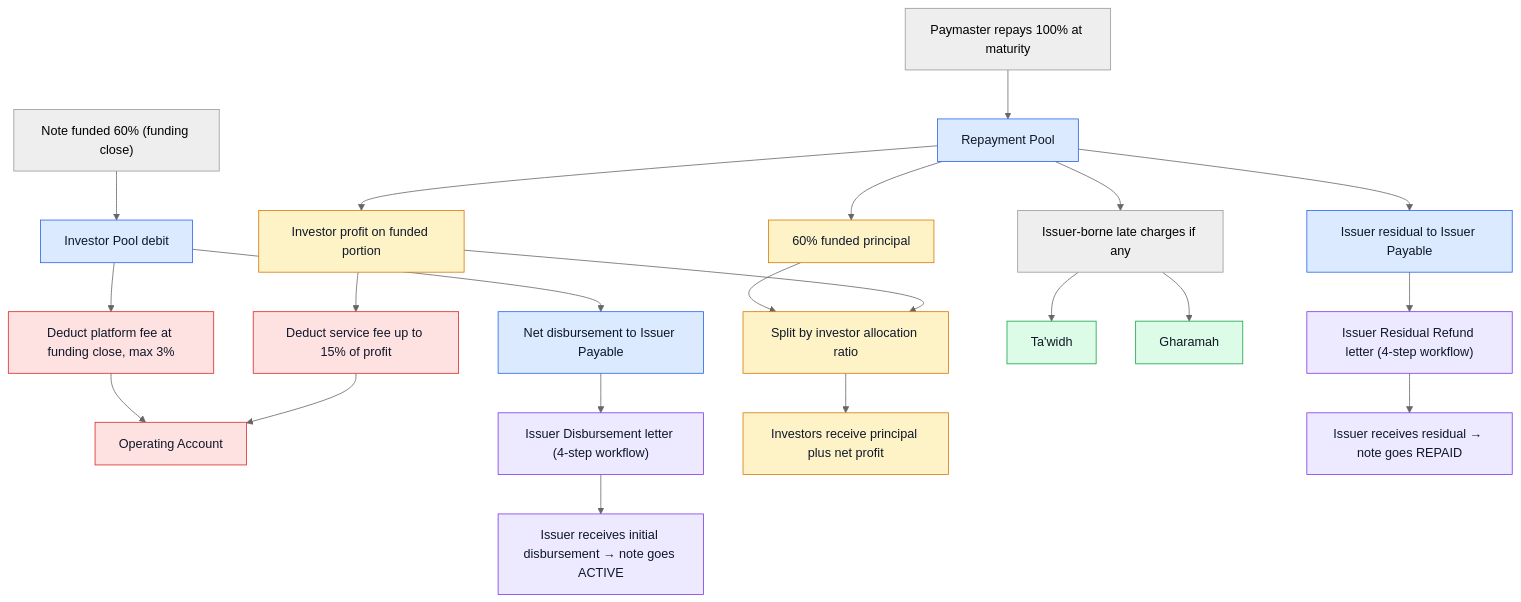
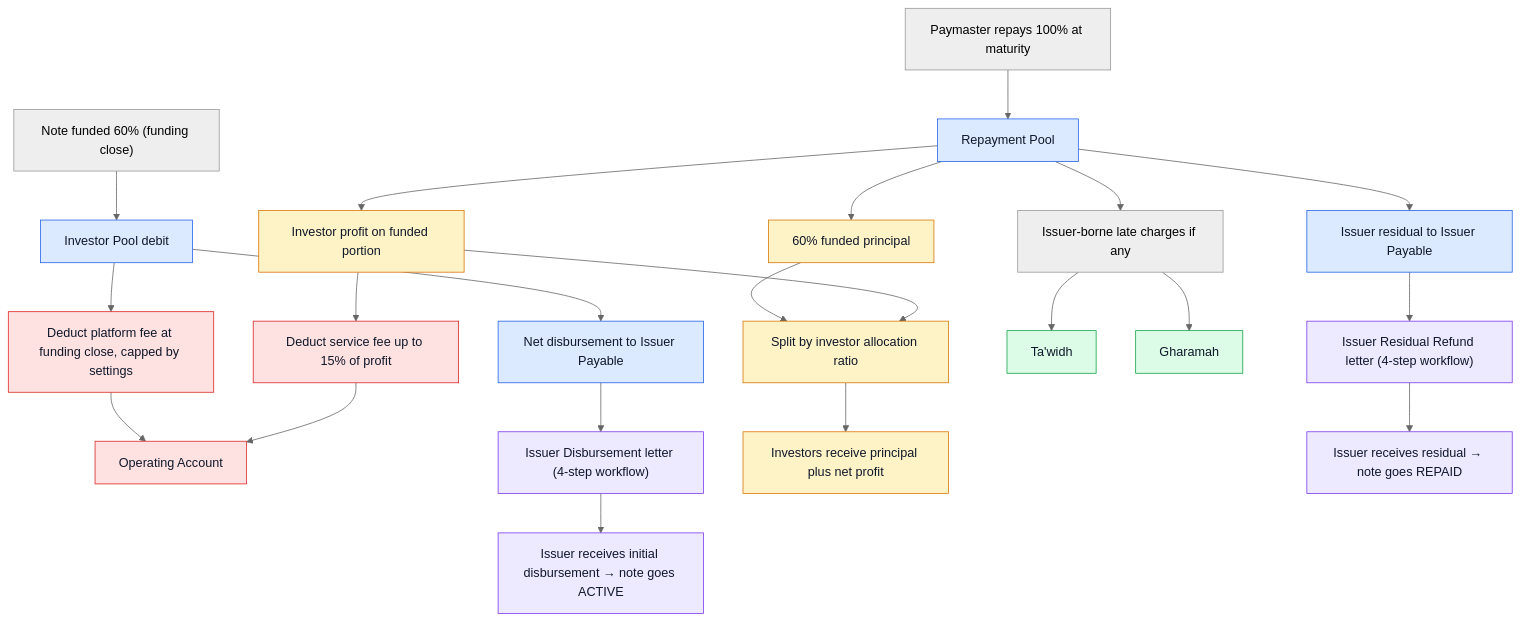
Before and after one commit to Malcan-Technologies/shoraka: the second of 2 diagrams in packages/help-content/markdown/admin-note-money-flow.md, drawn with Mermaid (neutral theme). The commit also changed other lines of this file and 47 other files, not shown here.

First line of the commit message:
feat: integrate service fee trustee workflow and platform fee rate handling

````diff
--- a/packages/help-content/markdown/admin-note-money-flow.md
+++ b/packages/help-content/markdown/admin-note-money-flow.md
@@ -193,35 +195,35 @@
 ```mermaid
 flowchart TD
   funded["Note funded 60% (funding close)"] --> investorPool["Investor Pool debit"]
-  investorPool --> platformFee["Deduct platform fee at funding close, max 3%"]
+  investorPool --> platformFee["Deduct platform fee at funding close, capped by settings"]
   platformFee --> operating["Operating Account"]
   investorPool --> issuerPayableInit["Net disbursement to Issuer Payable"]
   issuerPayableInit --> disburseLetter["Issuer Disbursement letter (4-step workflow)"]
   disburseLetter --> issuer1["Issuer receives initial disbursement → note goes ACTIVE"]
   paymaster["Paymaster repays 100% at maturity"] --> repaymentPool["Repayment Pool"]
   repaymentPool --> investorPrincipal["60% funded principal"]
   repaymentPool --> investorProfit["Investor profit on funded portion"]
   investorProfit --> serviceFee["Deduct service fee up to 15% of profit"]
   serviceFee --> operating
   investorPrincipal --> investorRatio["Split by investor allocation ratio"]
   investorProfit --> investorRatio
   investorRatio --> investors["Investors receive principal plus net profit"]
   repaymentPool --> lateFees["Issuer-borne late charges if any"]
   lateFees --> tawidh["Ta'widh"]
   lateFees --> gharamah["Gharamah"]
   repaymentPool --> issuerPayableResid["Issuer residual to Issuer Payable"]
   issuerPayableResid --> residualLetter["Issuer Residual Refund letter (4-step workflow)"]
   residualLetter --> issuer2["Issuer receives residual → note goes REPAID"]
 
   class repaymentPool,investorPool,issuerPayableInit,issuerPayableResid pool
   class platformFee,serviceFee,operating fee
   class tawidh,gharamah syariahAccount
   class investorPrincipal,investorProfit,investorRatio,investors investorStep
   class disburseLetter,residualLetter,issuer1,issuer2 issuerStep
 
   classDef pool fill:#dbeafe,stroke:#2563eb,color:#0f172a
   classDef fee fill:#fee2e2,stroke:#dc2626,color:#0f172a
   classDef syariahAccount fill:#dcfce7,stroke:#16a34a,color:#0f172a
   classDef investorStep fill:#fef3c7,stroke:#d97706,color:#0f172a
   classDef issuerStep fill:#ede9fe,stroke:#7c3aed,color:#0f172a
 ```
````
